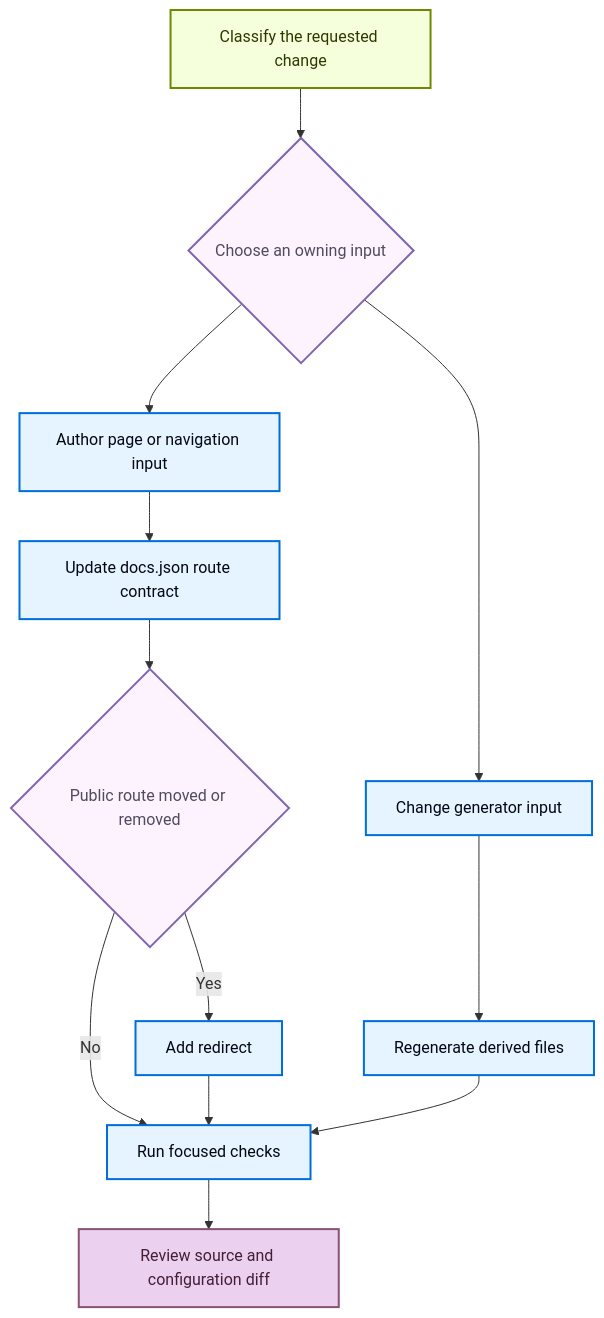
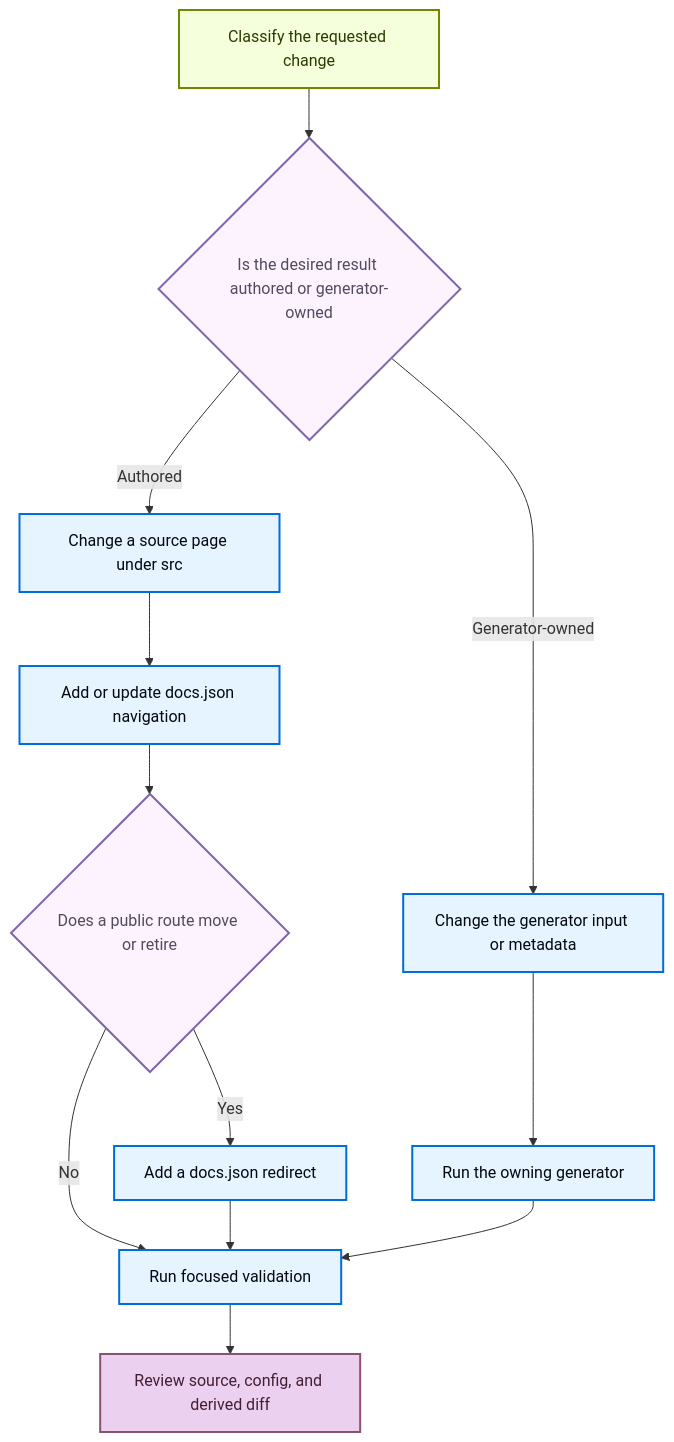
Before and after one commit to langchain-ai/docs: the diagram in openwiki/operations/adding-pages.md, drawn with Mermaid. The commit also changed other lines of this file and 32 other files, not shown here.

````diff
--- a/openwiki/operations/adding-pages.md
+++ b/openwiki/operations/adding-pages.md
@@ -49,22 +51,22 @@
 ```mermaid
 flowchart TD
-    Start["Classify the requested change"] --> Owner{"Choose an owning input"}
-    Owner --> Authored["Author page or navigation input"]
-    Owner --> Generated["Change generator input"]
-    Authored --> Route["Update docs.json route contract"]
-    Route --> Retired{"Public route moved or removed"}
-    Retired -->|"Yes"| Redirect["Add redirect"]
-    Retired -->|"No"| Gates["Run focused checks"]
-    Redirect --> Gates
-    Generated --> Regenerate["Regenerate derived files"]
-    Regenerate --> Gates
-    Gates --> Review["Review source and configuration diff"]
+    Start["Classify the requested change"] --> Owner{"Is the desired result authored or generator-owned"}
+    Owner -->|"Authored"| Author["Change a source page under src"]
+    Owner -->|"Generator-owned"| Input["Change the generator input or metadata"]
+    Author --> Nav["Add or update docs.json navigation"]
+    Input --> RunGenerator["Run the owning generator"]
+    Nav --> Retire{"Does a public route move or retire"}
+    Retire -->|"Yes"| Redirect["Add a docs.json redirect"]
+    Retire -->|"No"| Validate["Run focused validation"]
+    Redirect --> Validate
+    RunGenerator --> Validate
+    Validate --> Review["Review source, config, and derived diff"]
     classDef process fill:#E5F4FF,stroke:#006DDD,stroke-width:2px,color:#030710
     classDef trigger fill:#F6FFDB,stroke:#6E8900,stroke-width:2px,color:#2E3900
     classDef decision fill:#FDF3FF,stroke:#7E65AE,stroke-width:2px,color:#504B5F
     classDef output fill:#EBD0F0,stroke:#885270,stroke-width:2px,color:#441E33
     class Start trigger
-    class Owner,Retired decision
-    class Authored,Generated,Route,Redirect,Regenerate,Gates process
+    class Owner,Retire decision
+    class Author,Input,Nav,RunGenerator,Redirect,Validate process
     class Review output
 ```
````
